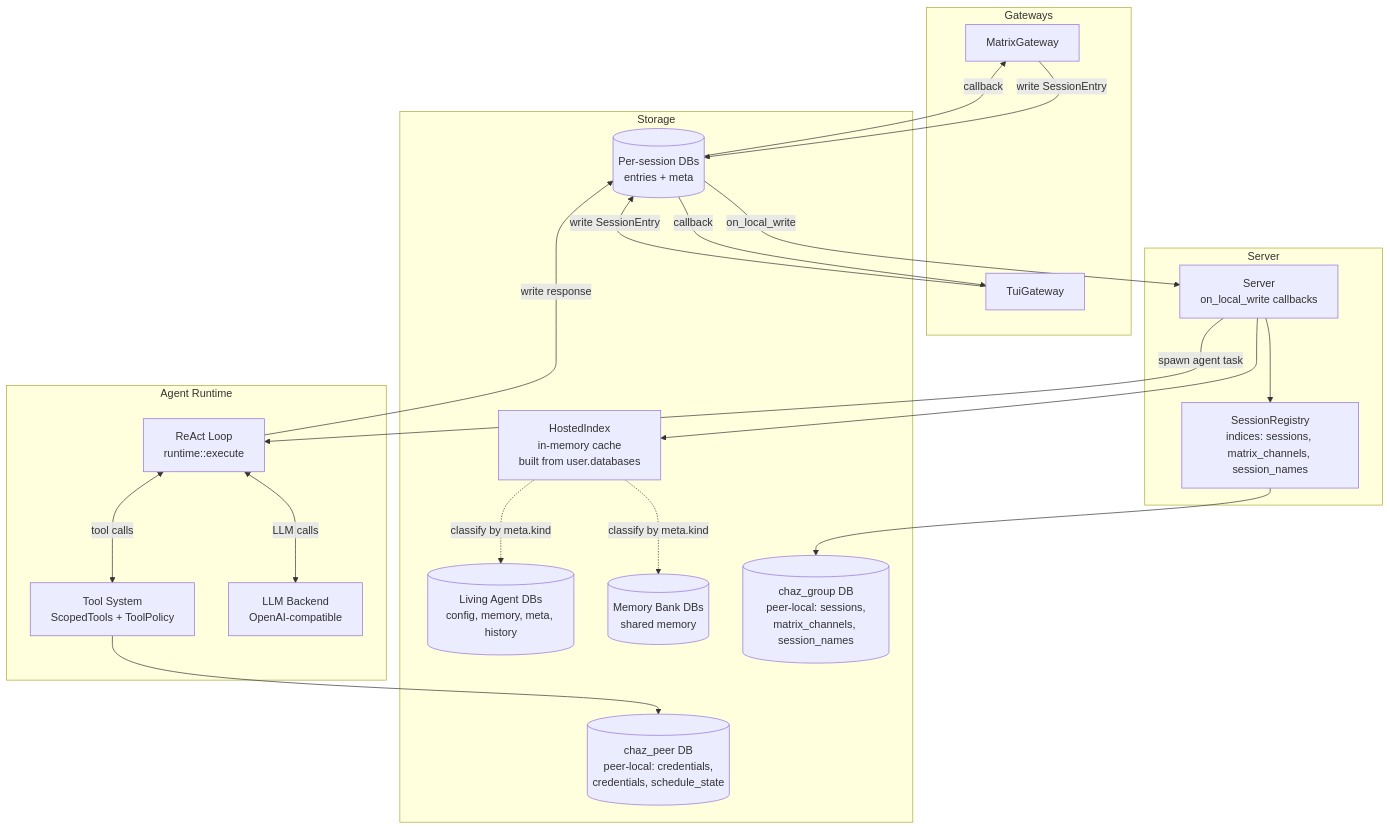
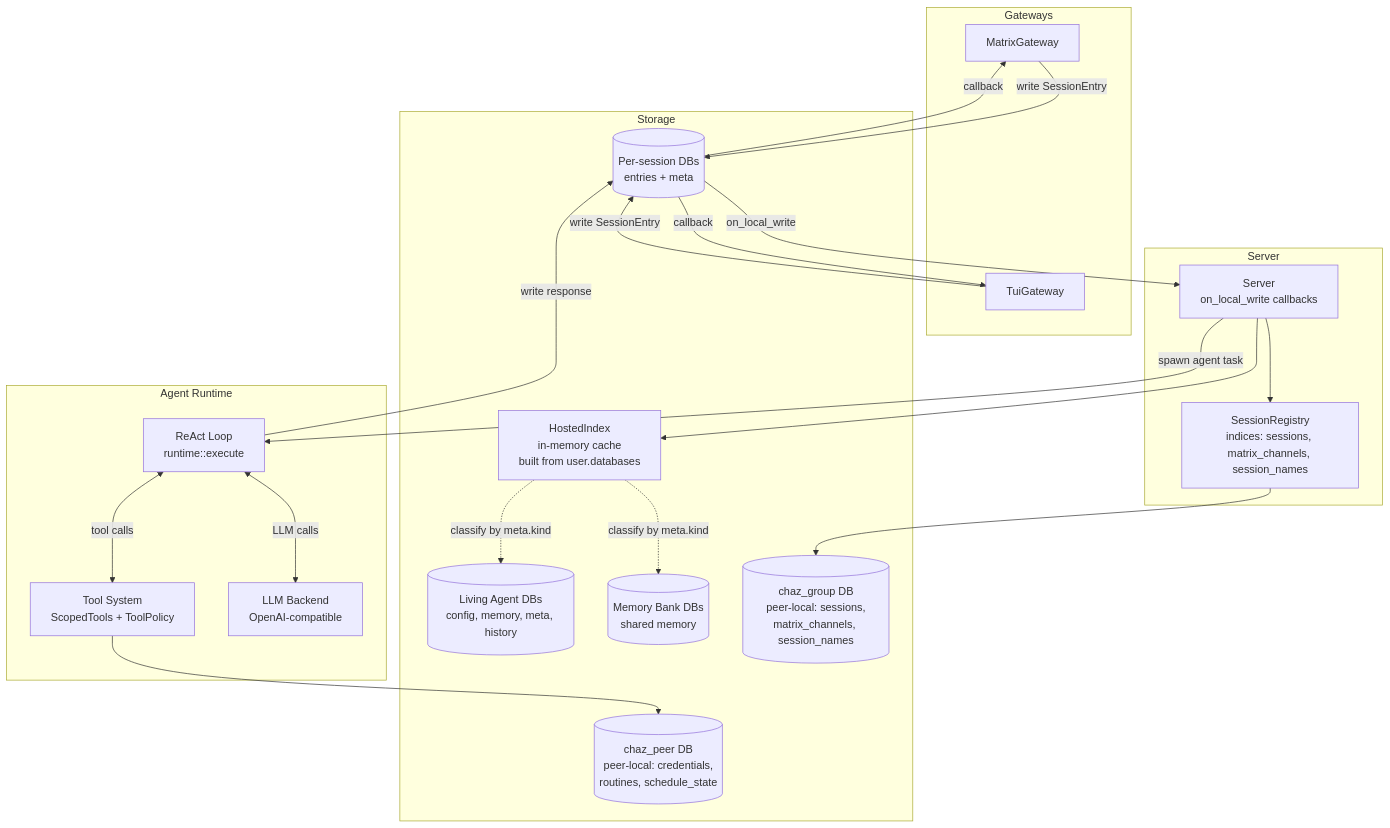
Before and after one commit to arcuru/chaz: the diagram in docs/src/architecture/overview.md, drawn with Mermaid. The commit also changed other lines of this file and 7 other files, not shown here.

````diff
--- a/docs/src/architecture/overview.md
+++ b/docs/src/architecture/overview.md
@@ -7,43 +7,43 @@
 ```mermaid
 graph TD
     subgraph Gateways
         MG[MatrixGateway]
         TG[TuiGateway]
     end
 
     subgraph Server
         SV[Server<br/>on_local_write callbacks]
         SR[SessionRegistry<br/>indices: sessions, matrix_channels, session_names]
     end
 
     subgraph "Agent Runtime"
         RT[ReAct Loop<br/>runtime::execute]
         TS[Tool System<br/>ScopedTools + ToolPolicy]
         LLM[LLM Backend<br/>OpenAI-compatible]
     end
 
     subgraph Storage
         EI[(Per-session DBs<br/>entries + meta)]
         LA[(Living Agent DBs<br/>config, memory, meta, history)]
         MB[(Memory Bank DBs<br/>shared memory)]
         CG[(chaz_group DB<br/>peer-local: sessions,<br/>matrix_channels, session_names)]
-        CP[(chaz_peer DB<br/>peer-local: credentials,<br/>credentials, schedule_state)]
+        CP[(chaz_peer DB<br/>peer-local: credentials,<br/>routines, schedule_state)]
         HI[HostedIndex<br/>in-memory cache<br/>built from user.databases]
     end
 
     MG -->|write SessionEntry| EI
     TG -->|write SessionEntry| EI
     EI -->|on_local_write| SV
     SV -->|spawn agent task| RT
     RT <-->|tool calls| TS
     RT <-->|LLM calls| LLM
     RT -->|write response| EI
     EI -->|callback| MG
     EI -->|callback| TG
     SV --> SR
     SR --> CG
     TS --> CP
     SV --> HI
     HI -.->|classify by meta.kind| LA
     HI -.->|classify by meta.kind| MB
 ```
````
